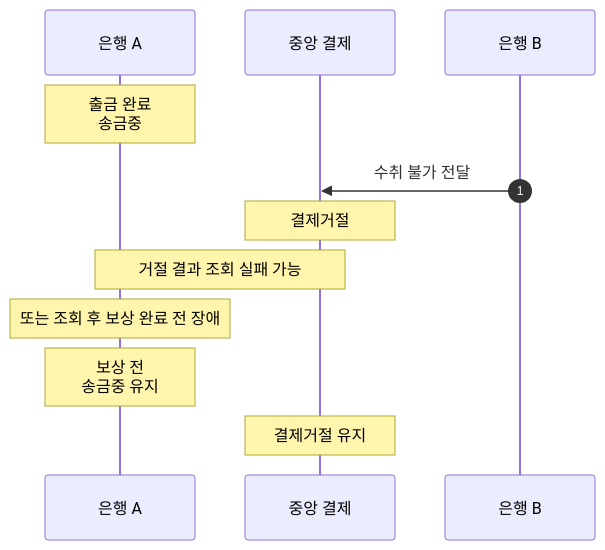
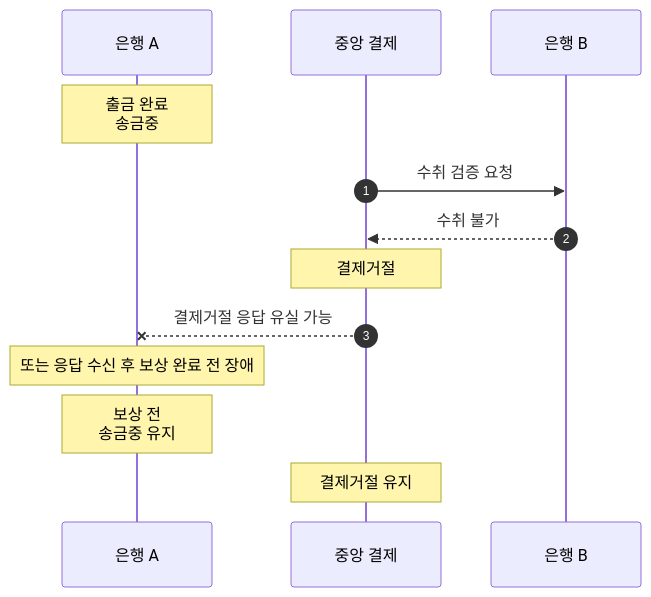
The diagram in docs/scenarios/S-011_결제거절_후_보상_지연.md (2jun0/financial-system-backend), drawn with Mermaid before and after one commit. The commit also changed other lines of this file and 9 other files, not shown here.

````diff
--- a/docs/scenarios/S-011_결제거절_후_보상_지연.md
+++ b/docs/scenarios/S-011_결제거절_후_보상_지연.md
@@ -25,15 +25,16 @@
 ```mermaid
 sequenceDiagram
     autonumber
     participant A as 은행 A
     participant C as 중앙 결제
     participant B as 은행 B
 
     Note over A: 출금 완료<br/>송금중
-    B->>C: 수취 불가 전달
+    C->>B: 수취 검증 요청
+    B-->>C: 수취 불가
     Note over C: 결제거절
-    Note over A,C: 거절 결과 조회 실패 가능
-    Note over A: 또는 조회 후 보상 완료 전 장애
+    C--xA: 결제거절 응답 유실 가능
+    Note over A: 또는 응답 수신 후 보상 완료 전 장애
     Note over A: 보상 전<br/>송금중 유지
     Note over C: 결제거절 유지
 ```
````
